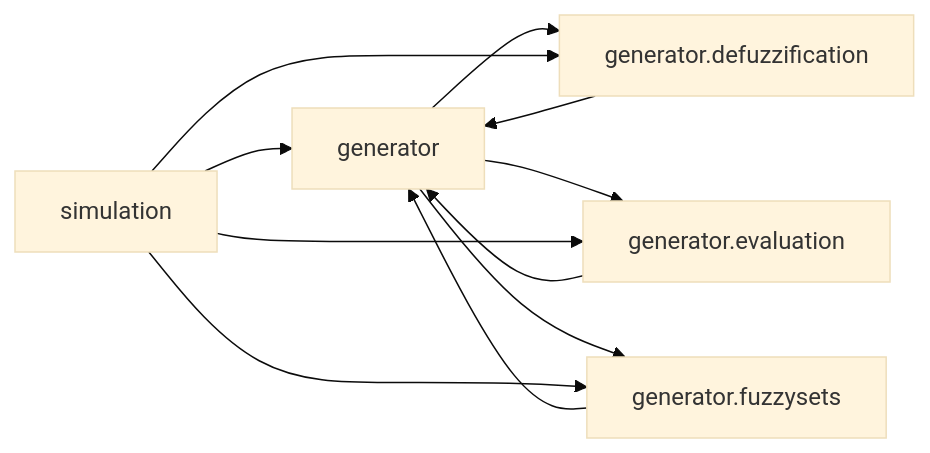
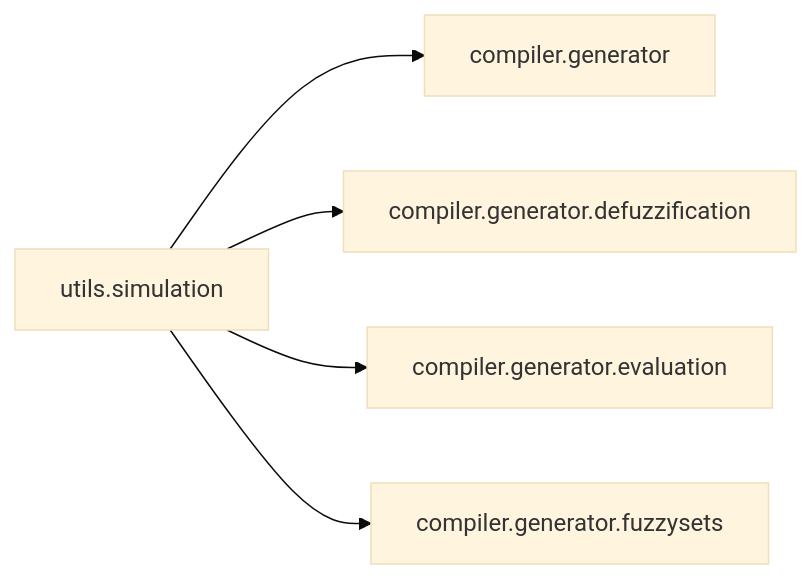
One commit to PascalUser/FLC-IEC61131-7 changed the diagram in doc/diagrams/simulation_package_flowchart.mmd. Above: the diagram before and after it, drawn with Mermaid (base theme). The commit also changed 3 other files, not shown here.

```diff
--- a/doc/diagrams/simulation_package_flowchart.mmd
+++ b/doc/diagrams/simulation_package_flowchart.mmd
@@ -1,16 +1,10 @@
 flowchart LR
-    generator["generator"]
-    codegen_defuzzification["generator.defuzzification"]
-    codegen_evaluation["generator.evaluation"]
-    codegen_fuzzysets["generator.fuzzysets"]
-    simulation["simulation"]
-    generator --> codegen_defuzzification
-    generator --> codegen_evaluation
-    generator --> codegen_fuzzysets
-    codegen_defuzzification --> generator
-    codegen_evaluation --> generator
-    codegen_fuzzysets --> generator
-    simulation --> generator
-    simulation --> codegen_defuzzification
-    simulation --> codegen_evaluation
-    simulation --> codegen_fuzzysets
+    compiler_generator["compiler.generator"]
+    compiler_generator_defuzzification["compiler.generator.defuzzification"]
+    compiler_generator_evaluation["compiler.generator.evaluation"]
+    compiler_generator_fuzzysets["compiler.generator.fuzzysets"]
+    utils_simulation["utils.simulation"]
+    utils_simulation --> compiler_generator
+    utils_simulation --> compiler_generator_defuzzification
+    utils_simulation --> compiler_generator_evaluation
+    utils_simulation --> compiler_generator_fuzzysets
```
